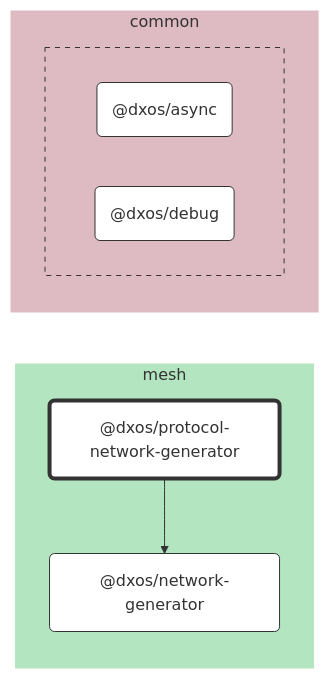
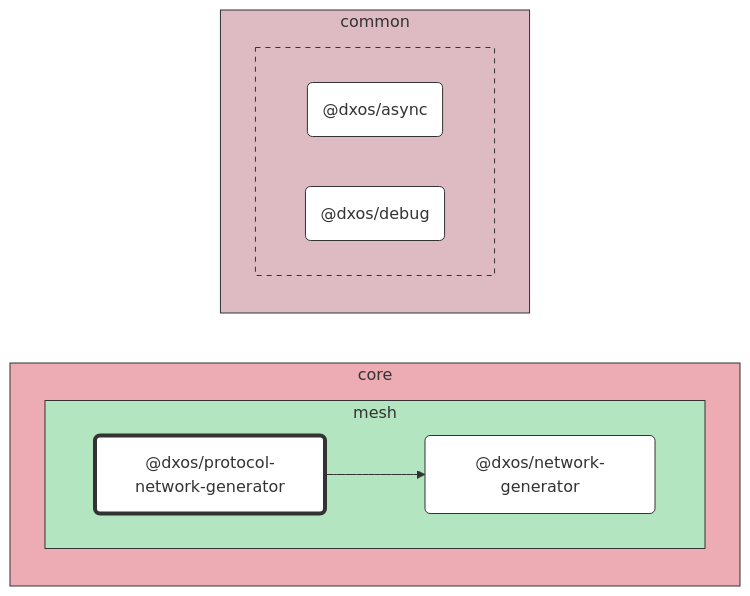
One commit to dxos/dxos changed the diagram in packages/core/mesh/protocol-network-generator/docs/README.md. Above: the diagram before and after it, drawn with Mermaid. The commit also changed 89 other files, not shown here.

````diff
--- a/packages/core/mesh/protocol-network-generator/docs/README.md
+++ b/packages/core/mesh/protocol-network-generator/docs/README.md
@@ -7,35 +7,39 @@
 ```mermaid
 %%{ init: {'flowchart':{'curve':'basis'}} }%%
 
 flowchart LR
 
 %% Classes
 classDef def fill:#fff,stroke:#333,stroke-width:1px
 classDef root fill:#fff,stroke:#333,stroke-width:4px
 
 %% Nodes
 
-subgraph mesh [mesh]
-  style mesh fill:#b3e6c0,stroke:#fff
-  dxos/protocol-network-generator("@dxos/protocol-network-generator"):::root
-  click dxos/protocol-network-generator "dxos/dxos/tree/main/packages/core/mesh/protocol-network-generator/docs"
-  dxos/network-generator("@dxos/network-generator"):::def
-  click dxos/network-generator "dxos/dxos/tree/main/packages/core/mesh/network-generator/docs"
+subgraph core [core]
+  style core fill:#edabb3,stroke:#333
+
+  subgraph mesh [mesh]
+    style mesh fill:#b3e6c0,stroke:#333
+    dxos/protocol-network-generator("@dxos/protocol-network-generator"):::root
+    click dxos/protocol-network-generator "dxos/dxos/tree/main/packages/core/mesh/protocol-network-generator/docs"
+    dxos/network-generator("@dxos/network-generator"):::def
+    click dxos/network-generator "dxos/dxos/tree/main/packages/core/mesh/network-generator/docs"
+  end
 end
 
 subgraph common [common]
-  style common fill:#debac2,stroke:#fff
+  style common fill:#debac2,stroke:#333
 
-  subgraph common-excluded [ ]
-    style common-excluded fill:#debac2,stroke:#333,stroke-dasharray:5 5
+  subgraph _ [ ]
+    style _ fill:#debac2,stroke:#333,stroke-dasharray:5 5
     dxos/async("@dxos/async"):::def
     click dxos/async "dxos/dxos/tree/main/packages/common/async/docs"
     dxos/debug("@dxos/debug"):::def
     click dxos/debug "dxos/dxos/tree/main/packages/common/debug/docs"
   end
 end
 
 %% Links
 linkStyle default stroke:#333,stroke-width:1px
 dxos/protocol-network-generator --> dxos/network-generator
 ```
````
